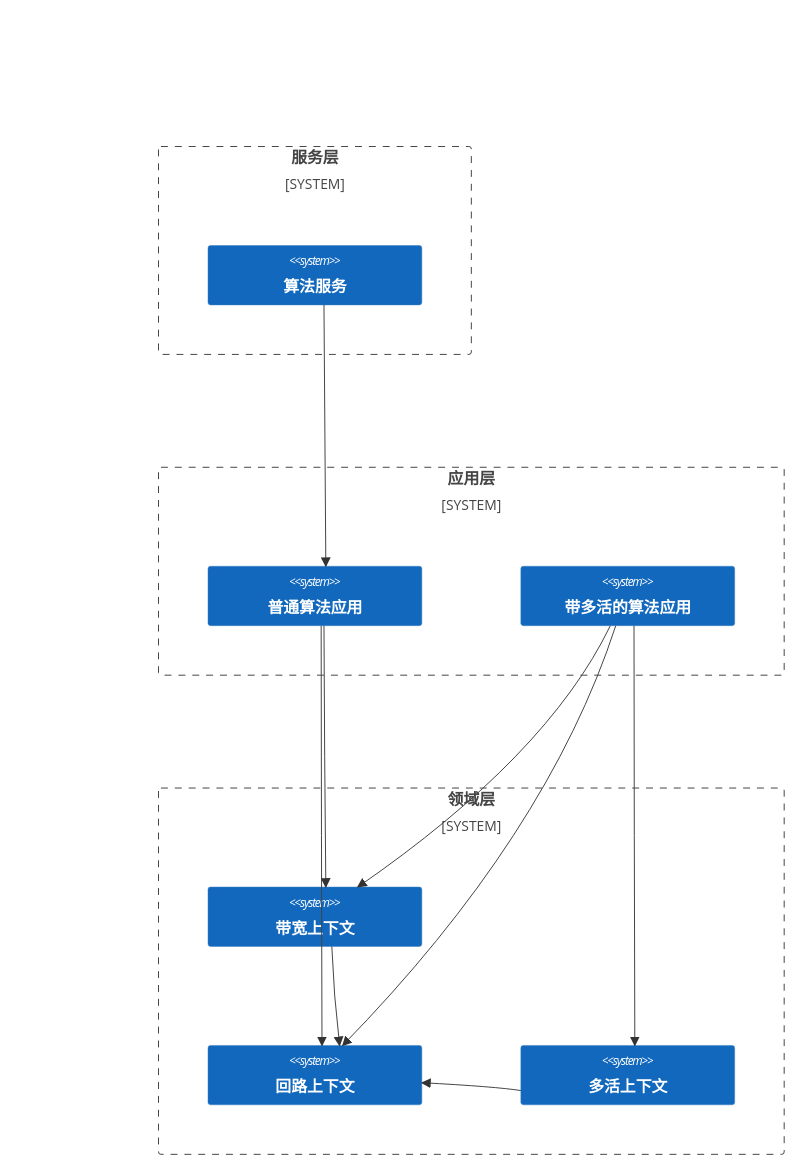
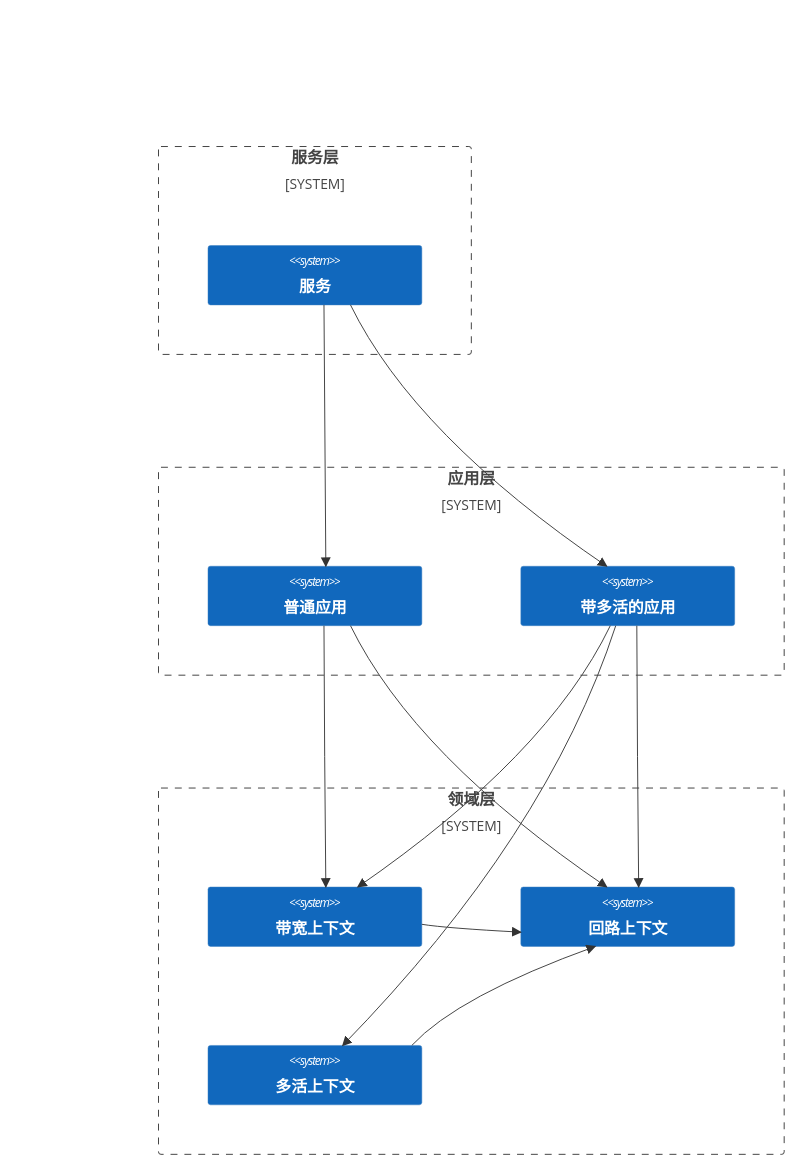
The second of 2 diagrams in docs/zh-cn/guide/what-is-ospf.md (fuookami/ospf), drawn with Mermaid before and after one commit. The commit also changed other lines of this file and 23 other files, not shown here.

````diff
--- a/docs/zh-cn/guide/what-is-ospf.md
+++ b/docs/zh-cn/guide/what-is-ospf.md
@@ -418,26 +419,27 @@
 ```mermaid
 C4Context
   System_Boundary(服务层, "服务层") {
-    System(算法服务, "算法服务")
+    System(服务, "服务")
   }
   System_Boundary(应用层, "应用层") {
-    System(普通算法应用, "普通算法应用")
-    System(带多活的算法应用, "带多活的算法应用")
+    System(普通应用, "普通应用")
+    System(带多活的应用, "带多活的应用")
   }
   System_Boundary(领域层, "领域层") {
     System(带宽上下文, "带宽上下文")
     System(回路上下文, "回路上下文")
     System(多活上下文, "多活上下文")
   }
 
-  Rel(算法服务, 普通算法应用, "", "")
-  Rel(普通算法应用, 回路上下文, "", "")
-  Rel(普通算法应用, 带宽上下文, "", "")
-  Rel(带多活的算法应用, 回路上下文, "", "")
-  Rel(带多活的算法应用, 带宽上下文, "", "")
-  Rel(带多活的算法应用, 多活上下文, "", "")
+  Rel(服务, 普通应用, "", "")
+  Rel(服务, 带多活的应用, "", "")
+  Rel(普通应用, 回路上下文, "", "")
+  Rel(普通应用, 带宽上下文, "", "")
+  Rel(带多活的应用, 回路上下文, "", "")
+  Rel(带多活的应用, 带宽上下文, "", "")
+  Rel(带多活的应用, 多活上下文, "", "")
   Rel(带宽上下文, 回路上下文, "", "")
   Rel(多活上下文, 回路上下文, "", "")
 
-  UpdateLayoutConfig($c4ShapeInRow="4", $c4BoundaryInRow="1")
+  UpdateLayoutConfig($c4ShapeInRow="6", $c4BoundaryInRow="1")
 ```
````
